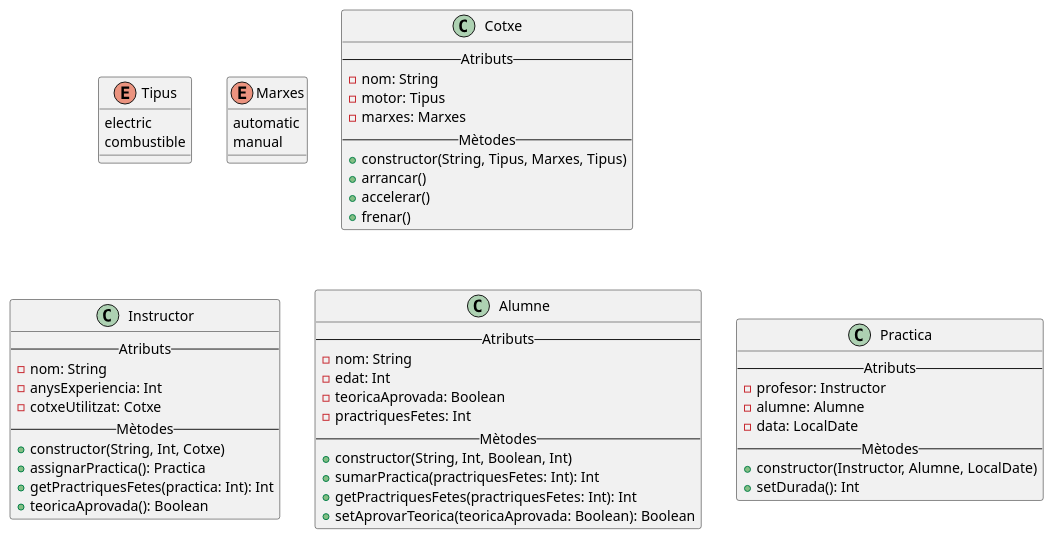
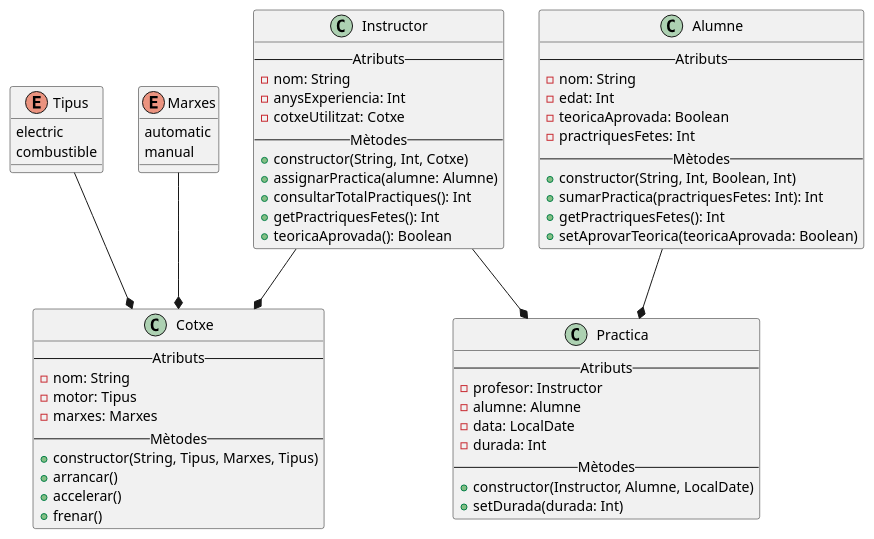
Before and after one commit to Dani-Alarcon/M5-A08-Disseny-de-diagrames-Classes-Dani-Alarcon: the diagram in src/main/kotlin/uml/Exercici8-Autoescola.puml, drawn with PlantUML. The commit also changed 3 other files, not shown here.

```diff
--- a/src/main/kotlin/uml/Exercici8-Autoescola.puml
+++ b/src/main/kotlin/uml/Exercici8-Autoescola.puml
@@ -1,60 +1,67 @@
 @startuml
 'https://plantuml.com/class-diagram
 
 enum Tipus {
     electric
     combustible
 }
 
 enum Marxes{
     automatic
     manual
 }
 class Cotxe{
     -- Atributs --
     - nom: String
     - motor: Tipus
     - marxes: Marxes
     -- Mètodes --
     + constructor(String, Tipus, Marxes, Tipus)
     + arrancar()
     + accelerar()
     + frenar()
 }
 
 class Instructor{
     -- Atributs --
     - nom: String
     - anysExperiencia: Int
     - cotxeUtilitzat: Cotxe
     -- Mètodes --
     + constructor(String, Int, Cotxe)
-    + assignarPractica(): Practica
-    + getPractriquesFetes(practica: Int): Int
+    + assignarPractica(alumne: Alumne)
+    + consultarTotalPractiques(): Int
+    + getPractriquesFetes(): Int
     + teoricaAprovada(): Boolean
 }
 
 class Alumne {
     -- Atributs --
     - nom: String
     - edat: Int
     - teoricaAprovada: Boolean
     - practriquesFetes: Int
     -- Mètodes --
     + constructor(String, Int, Boolean, Int)
     + sumarPractica(practriquesFetes: Int): Int
-    + getPractriquesFetes(practriquesFetes: Int): Int
-    + setAprovarTeorica(teoricaAprovada: Boolean): Boolean
+    + getPractriquesFetes(): Int
+    + setAprovarTeorica(teoricaAprovada: Boolean)
 }
 
 class Practica {
     -- Atributs --
     - profesor: Instructor
     - alumne: Alumne
     - data: LocalDate
+    - durada: Int
     -- Mètodes --
     + constructor(Instructor, Alumne, LocalDate)
-    + setDurada(): Int
+    + setDurada(durada: Int)
 }
+Instructor --* Practica
+Instructor --* Cotxe
+Alumne --* Practica
+Tipus --*Cotxe
+Marxes --* Cotxe
 
 @enduml
```
